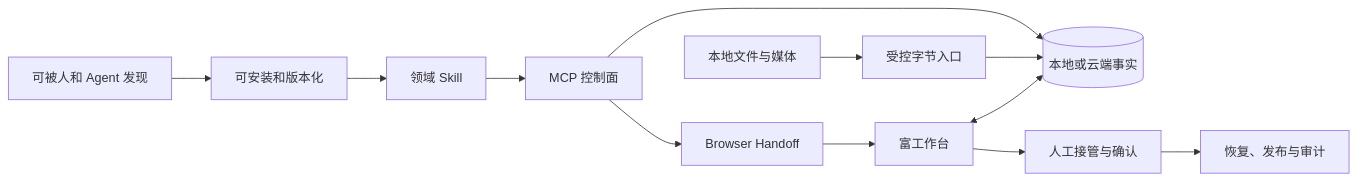
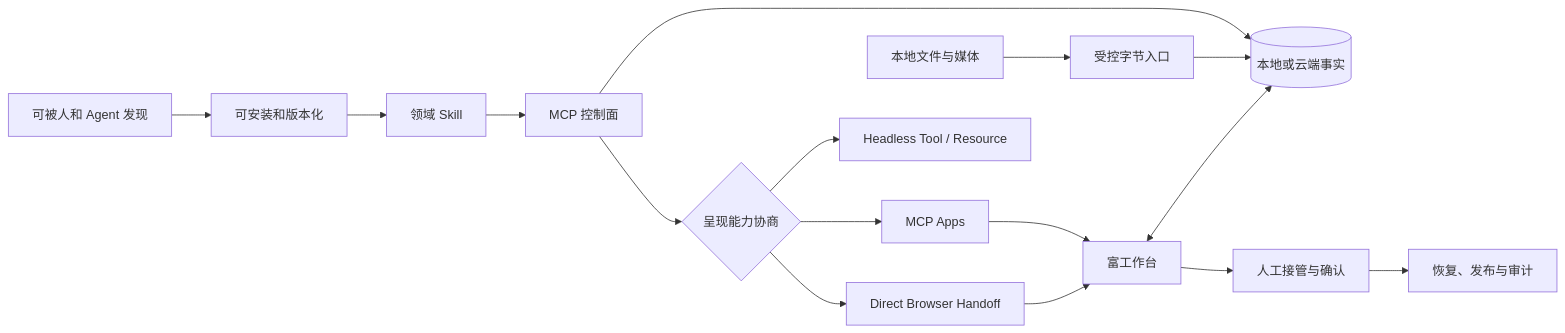
Before and after one commit to limecloud/contentcloud: the first of 10 diagrams in docs/product/customer-creation-studio/06-reference-workbench-analysis.md, drawn with Mermaid. The commit also changed other lines of this file and 126 other files, not shown here.

````diff
--- a/docs/product/customer-creation-studio/06-reference-workbench-analysis.md
+++ b/docs/product/customer-creation-studio/06-reference-workbench-analysis.md
@@ -67,14 +67,18 @@
 ```mermaid
 flowchart LR
     Discover[可被人和 Agent 发现] --> Install[可安装和版本化]
     Install --> Guide[领域 Skill]
     Guide --> Control[MCP 控制面]
     Control --> Facts[(本地或云端事实)]
-    Control --> Handoff[Browser Handoff]
-    Handoff --> Workbench[富工作台]
+    Control --> Negotiate{呈现能力协商}
+    Negotiate --> Apps[MCP Apps]
+    Negotiate --> Handoff[Direct Browser Handoff]
+    Negotiate --> Headless[Headless Tool / Resource]
+    Apps --> Workbench[富工作台]
+    Handoff --> Workbench
     LocalBytes[本地文件与媒体] --> Ingress[受控字节入口]
     Ingress --> Facts
     Workbench <--> Facts
     Workbench --> Human[人工接管与确认]
     Human --> Recovery[恢复、发布与审计]
 ```
````
